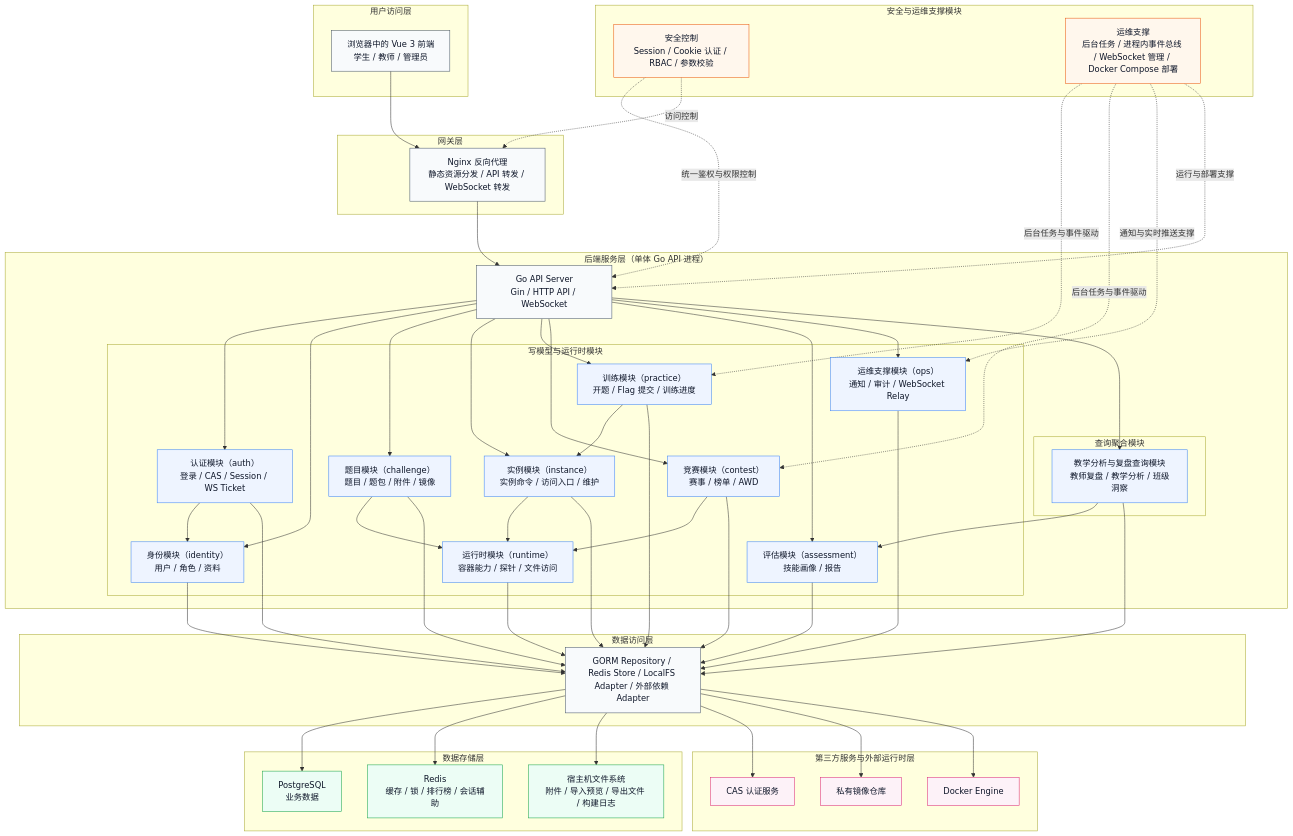
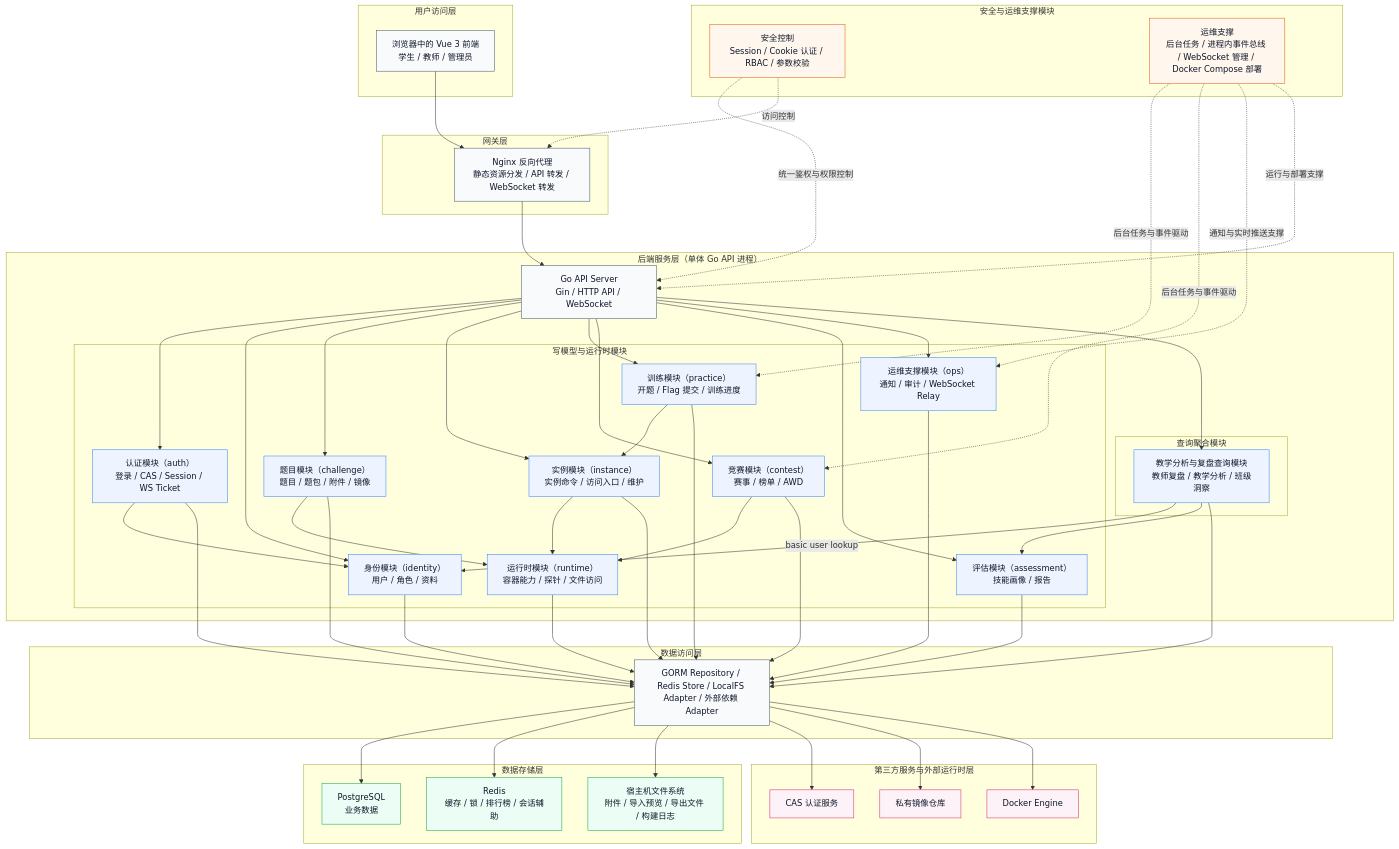
Before and after one commit to architectcgz/ctf: the first of 4 diagrams in docs/architecture/backend/07-modular-monolith-refactor.md, drawn with Mermaid. The commit also changed other lines of this file and 20 other files, not shown here.

Commit message:
重构(teaching_query): 复用 identity 用户查询

```diff
--- a/docs/architecture/backend/07-modular-monolith-refactor.md
+++ b/docs/architecture/backend/07-modular-monolith-refactor.md
@@ -229,6 +229,7 @@
     API --> Teaching
 
     Auth --> Identity
+    Teaching -->|basic user lookup| Identity
     Challenge --> Runtime
     Instance --> Runtime
     Practice --> Instance
```
